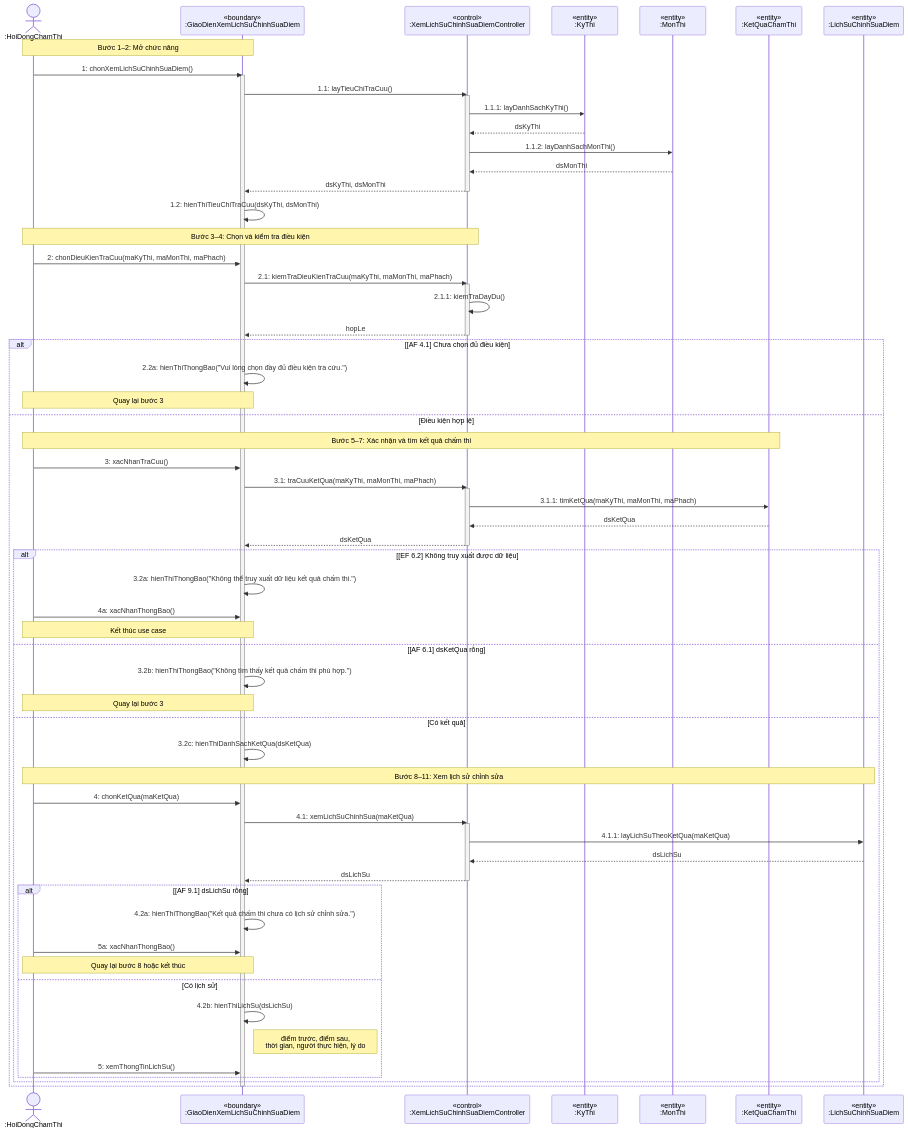
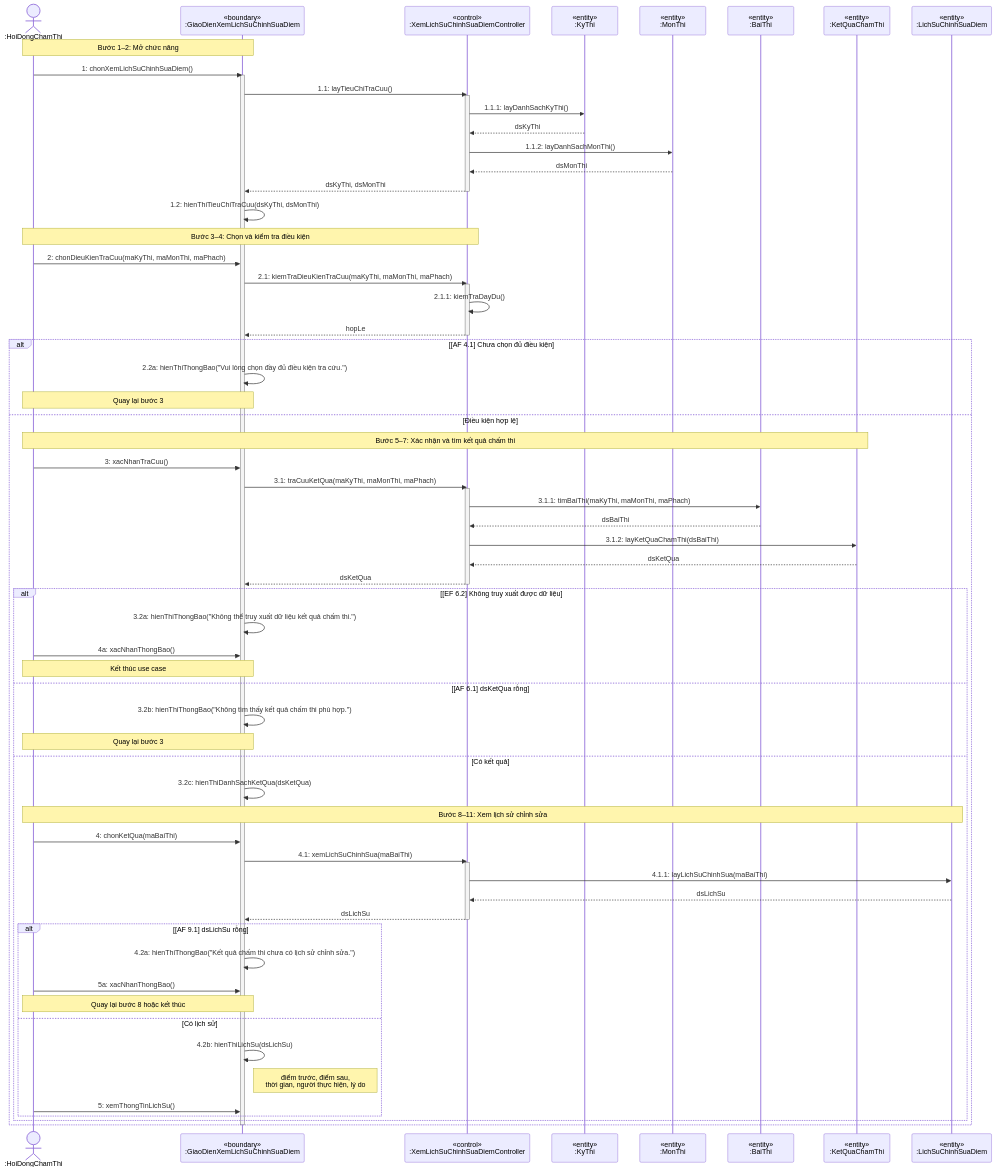
One commit to ngoclinh090608-wq/-sequence-diagram changed the diagram in README.md. Above: the diagram before and after it, drawn with Mermaid. The commit also changed other lines of this file and 3 other files, not shown here.

Commit message:
Update UC12: add BaiThi entity

````diff
--- a/README.md
+++ b/README.md
@@ -21,76 +20,79 @@
 ```mermaid
 sequenceDiagram
     actor HD as :HoiDongChamThi
     participant GD as «boundary»<br/>:GiaoDienXemLichSuChinhSuaDiem
     participant CT as «control»<br/>:XemLichSuChinhSuaDiemController
     participant KT as «entity»<br/>:KyThi
     participant MT as «entity»<br/>:MonThi
+    participant BT as «entity»<br/>:BaiThi
     participant KQ as «entity»<br/>:KetQuaChamThi
     participant LS as «entity»<br/>:LichSuChinhSuaDiem
 
     Note over HD,GD: Bước 1–2: Mở chức năng
     HD->>GD: 1: chonXemLichSuChinhSuaDiem()
     activate GD
     GD->>CT: 1.1: layTieuChiTraCuu()
     activate CT
     CT->>KT: 1.1.1: layDanhSachKyThi()
     KT-->>CT: dsKyThi
     CT->>MT: 1.1.2: layDanhSachMonThi()
     MT-->>CT: dsMonThi
     CT-->>GD: dsKyThi, dsMonThi
     deactivate CT
     GD->>GD: 1.2: hienThiTieuChiTraCuu(dsKyThi, dsMonThi)
 
     Note over HD,CT: Bước 3–4: Chọn và kiểm tra điều kiện
     HD->>GD: 2: chonDieuKienTraCuu(maKyThi, maMonThi, maPhach)
     GD->>CT: 2.1: kiemTraDieuKienTraCuu(maKyThi, maMonThi, maPhach)
     activate CT
     CT->>CT: 2.1.1: kiemTraDayDu()
     CT-->>GD: hopLe
     deactivate CT
 
     alt [AF 4.1] Chưa chọn đủ điều kiện
         GD->>GD: 2.2a: hienThiThongBao("Vui lòng chọn đầy đủ điều kiện tra cứu.")
         Note over HD,GD: Quay lại bước 3
     else Điều kiện hợp lệ
         Note over HD,KQ: Bước 5–7: Xác nhận và tìm kết quả chấm thi
         HD->>GD: 3: xacNhanTraCuu()
         GD->>CT: 3.1: traCuuKetQua(maKyThi, maMonThi, maPhach)
         activate CT
-        CT->>KQ: 3.1.1: timKetQua(maKyThi, maMonThi, maPhach)
+        CT->>BT: 3.1.1: timBaiThi(maKyThi, maMonThi, maPhach)
+        BT-->>CT: dsBaiThi
+        CT->>KQ: 3.1.2: layKetQuaChamThi(dsBaiThi)
         KQ-->>CT: dsKetQua
         CT-->>GD: dsKetQua
         deactivate CT
 
         alt [EF 6.2] Không truy xuất được dữ liệu
             GD->>GD: 3.2a: hienThiThongBao("Không thể truy xuất dữ liệu kết quả chấm thi.")
             HD->>GD: 4a: xacNhanThongBao()
             Note over HD,GD: Kết thúc use case
         else [AF 6.1] dsKetQua rỗng
             GD->>GD: 3.2b: hienThiThongBao("Không tìm thấy kết quả chấm thi phù hợp.")
             Note over HD,GD: Quay lại bước 3
         else Có kết quả
             GD->>GD: 3.2c: hienThiDanhSachKetQua(dsKetQua)
 
             Note over HD,LS: Bước 8–11: Xem lịch sử chỉnh sửa
-            HD->>GD: 4: chonKetQua(maKetQua)
-            GD->>CT: 4.1: xemLichSuChinhSua(maKetQua)
+            HD->>GD: 4: chonKetQua(maBaiThi)
+            GD->>CT: 4.1: xemLichSuChinhSua(maBaiThi)
             activate CT
-            CT->>LS: 4.1.1: layLichSuTheoKetQua(maKetQua)
+            CT->>LS: 4.1.1: layLichSuChinhSua(maBaiThi)
             LS-->>CT: dsLichSu
             CT-->>GD: dsLichSu
             deactivate CT
 
             alt [AF 9.1] dsLichSu rỗng
                 GD->>GD: 4.2a: hienThiThongBao("Kết quả chấm thi chưa có lịch sử chỉnh sửa.")
                 HD->>GD: 5a: xacNhanThongBao()
                 Note over HD,GD: Quay lại bước 8 hoặc kết thúc
             else Có lịch sử
                 GD->>GD: 4.2b: hienThiLichSu(dsLichSu)
                 Note right of GD: điểm trước, điểm sau,<br/>thời gian, người thực hiện, lý do
                 HD->>GD: 5: xemThongTinLichSu()
             end
         end
     end
     deactivate GD
 ```
````
